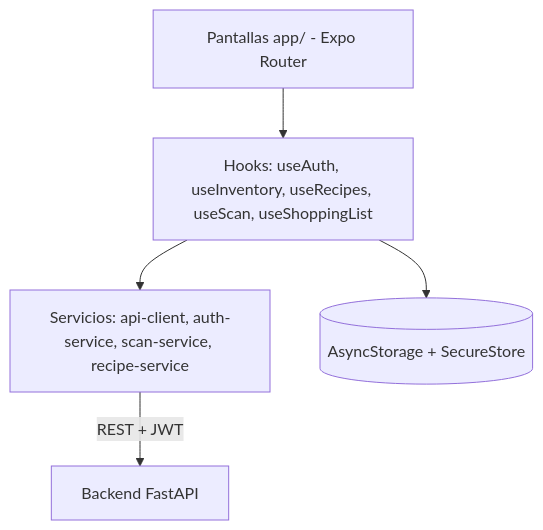
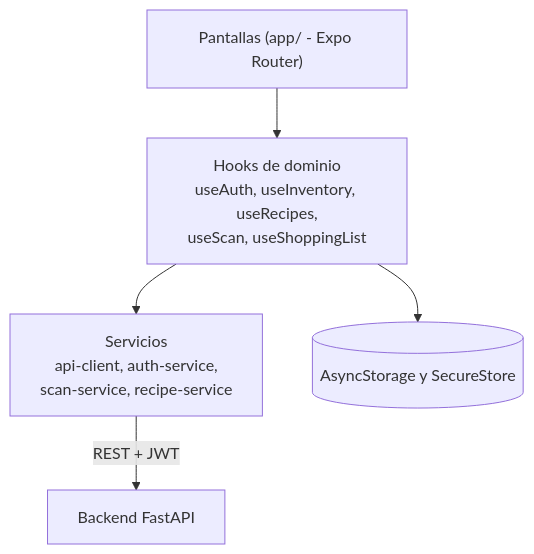
The diagram in README.md (StehvenObandoUcc/App-mobile-front), drawn with Mermaid before and after one commit.

Commit message:
docs: corregir diagrama Mermaid de arquitectura en el README

````diff
--- a/README.md
+++ b/README.md
@@ -64,7 +64,7 @@
 ```mermaid
 flowchart TD
-    UI[Pantallas app/ - Expo Router] --> Hooks[Hooks: useAuth, useInventory, useRecipes, useScan, useShoppingList]
-    Hooks --> Services[Servicios: api-client, auth-service, scan-service, recipe-service]
-    Hooks --> Storage[(AsyncStorage + SecureStore)]
-    Services -->|REST + JWT| API[Backend FastAPI]
+    UI["Pantallas (app/ - Expo Router)"] --> Hooks["Hooks de dominio<br/>useAuth, useInventory, useRecipes,<br/>useScan, useShoppingList"]
+    Hooks --> Services["Servicios<br/>api-client, auth-service,<br/>scan-service, recipe-service"]
+    Hooks --> Storage[("AsyncStorage y SecureStore")]
+    Services -->|"REST + JWT"| API["Backend FastAPI"]
 ```
````
